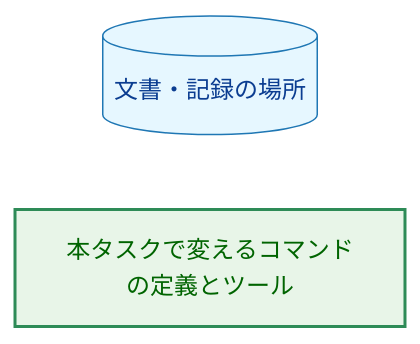
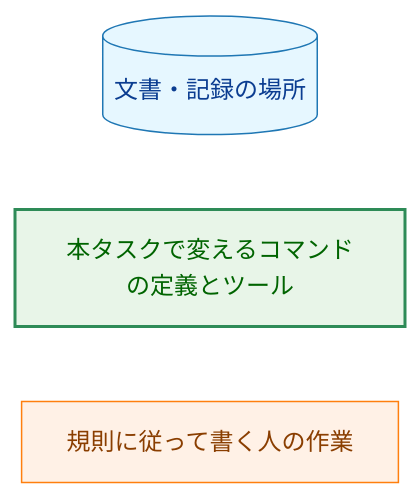
The fourth of 11 diagrams in docs/tasks/0053_status_comments_policy/02_architecture.md (isseis/yt2column), drawn with Mermaid before and after one commit. The commit also changed other lines of this file, not shown here.

````diff
--- a/docs/tasks/0053_status_comments_policy/02_architecture.md
+++ b/docs/tasks/0053_status_comments_policy/02_architecture.md
@@ -148,11 +140,14 @@
 ```mermaid
 flowchart LR
     classDef data fill:#e6f7ff,stroke:#1f77b4,stroke-width:1px,color:#0b3d91;
+    classDef process fill:#fff1e6,stroke:#ff7f0e,stroke-width:1px,color:#8a3e00;
     classDef enhanced fill:#e8f5e8,stroke:#2e8b57,stroke-width:2px,color:#006400;
 
     L1[("文書・記録の場所")]
     L2["本タスクで変えるコマンドの定義とツール"]
+    L3["規則に従って書く人の作業"]
 
     class L1 data
     class L2 enhanced
+    class L3 process
 ```
````
